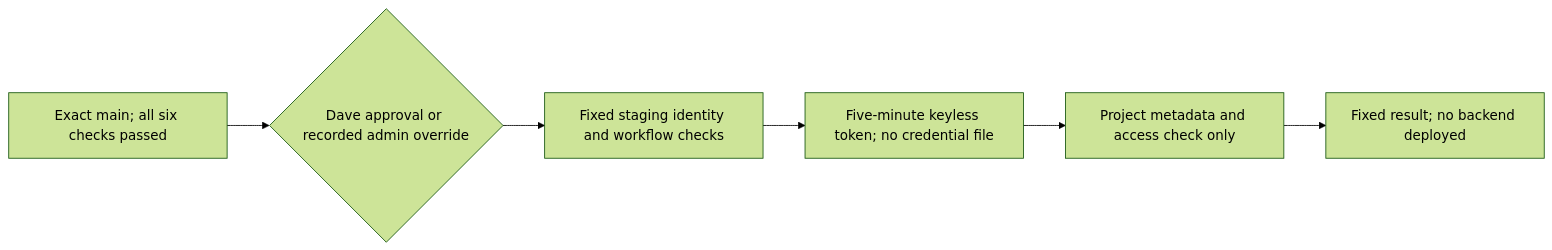
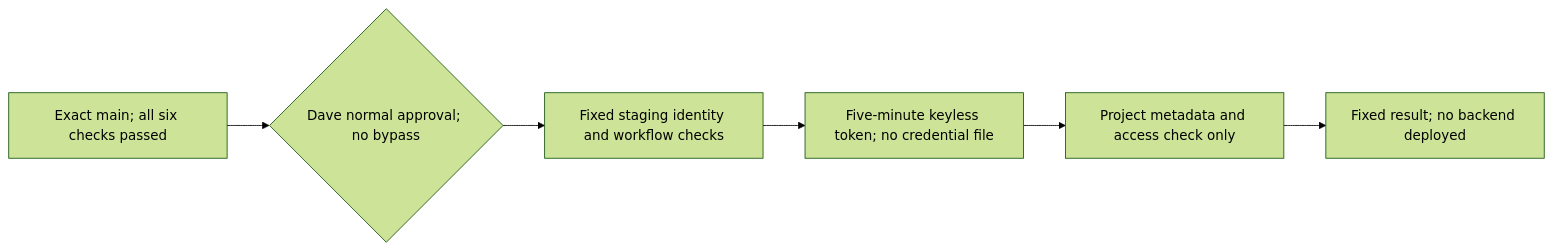
The third of 3 diagrams in docs/officers/ACCESS_CONTINUITY.md (Run-MPRC/Run-MPRC.github.io), drawn with Mermaid (forest theme) before and after one commit. The commit also changed other lines of this file and 13 other files, not shown here.

````diff
--- a/docs/officers/ACCESS_CONTINUITY.md
+++ b/docs/officers/ACCESS_CONTINUITY.md
@@ -141,8 +141,8 @@
 ```mermaid
 flowchart LR
-    Main["Exact main; all six checks passed"] --> Approval{"Dave approval or recorded admin override"}
+    Main["Exact main; all six checks passed"] --> Approval{"Dave normal approval; no bypass"}
     Approval --> Context["Fixed staging identity and workflow checks"]
     Context --> Token["Five-minute keyless token; no credential file"]
     Token --> Read["Project metadata and access check only"]
     Read --> Proof["Fixed result; no backend deployed"]
 ```
````
